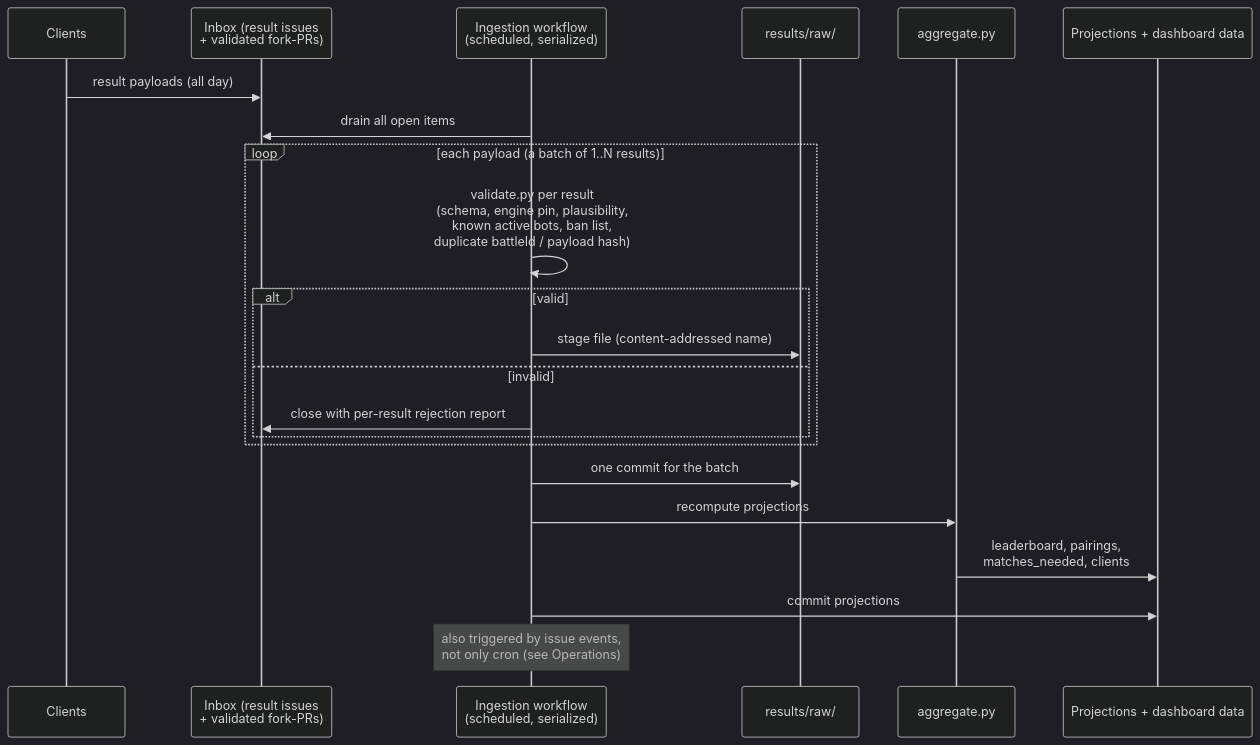
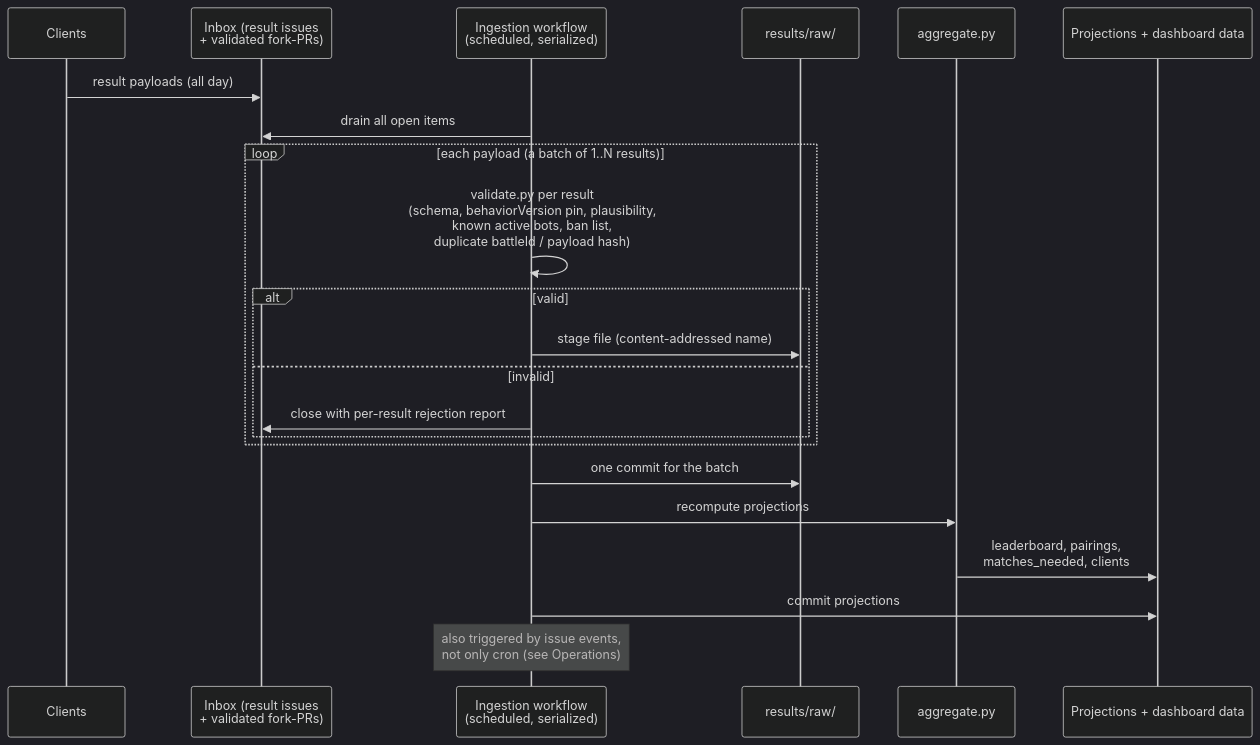
The first of 2 diagrams in docs/design/rumble/aggregation-and-dashboard.md (robocode-dev/tank-royale), drawn with Mermaid (dark theme) before and after one commit. The commit also changed other lines of this file and 2 other files, not shown here.

First line of the commit message:
docs(design): key rumble compatibility and epochs on behaviorVersion

````diff
--- a/docs/design/rumble/aggregation-and-dashboard.md
+++ b/docs/design/rumble/aggregation-and-dashboard.md
@@ -36,25 +36,25 @@
 ```mermaid
 sequenceDiagram
     participant Cl as Clients
     participant Ib as Inbox (result issues<br/>+ validated fork-PRs)
     participant CI as Ingestion workflow<br/>(scheduled, serialized)
     participant Raw as results/raw/
     participant Agg as aggregate.py
     participant P as Projections + dashboard data
 
     Cl->>Ib: result payloads (all day)
     CI->>Ib: drain all open items
     loop each payload (a batch of 1..N results)
-        CI->>CI: validate.py per result<br/>(schema, engine pin, plausibility,<br/>known active bots, ban list,<br/>duplicate battleId / payload hash)
+        CI->>CI: validate.py per result<br/>(schema, behaviorVersion pin, plausibility,<br/>known active bots, ban list,<br/>duplicate battleId / payload hash)
         alt valid
             CI->>Raw: stage file (content-addressed name)
         else invalid
             CI->>Ib: close with per-result rejection report
         end
     end
     CI->>Raw: one commit for the batch
     CI->>Agg: recompute projections
     Agg->>P: leaderboard, pairings,<br/>matches_needed, clients
     CI->>P: commit projections
     Note over CI: also triggered by issue events,<br/>not only cron (see Operations)
 ```
````
